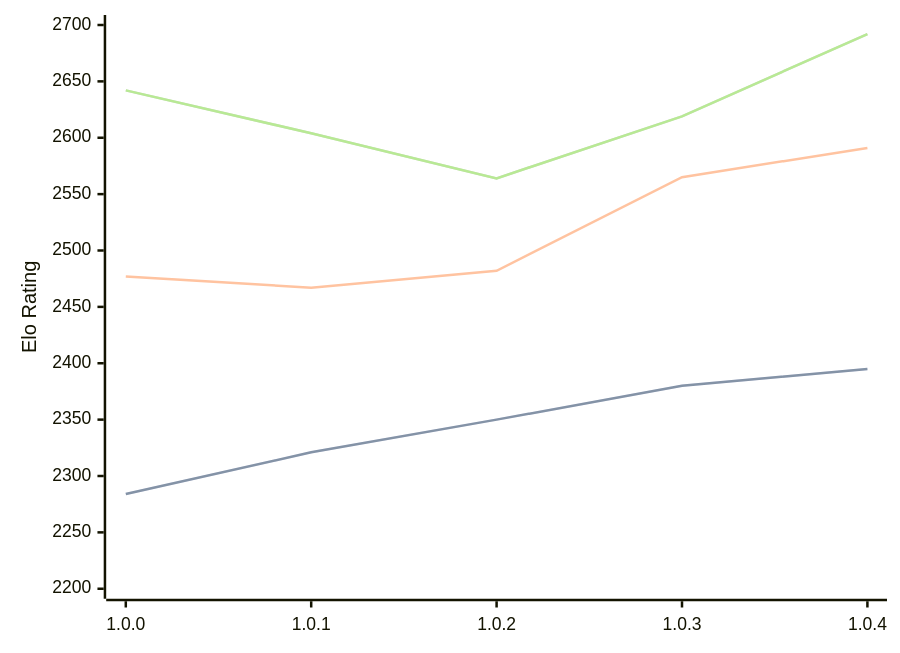
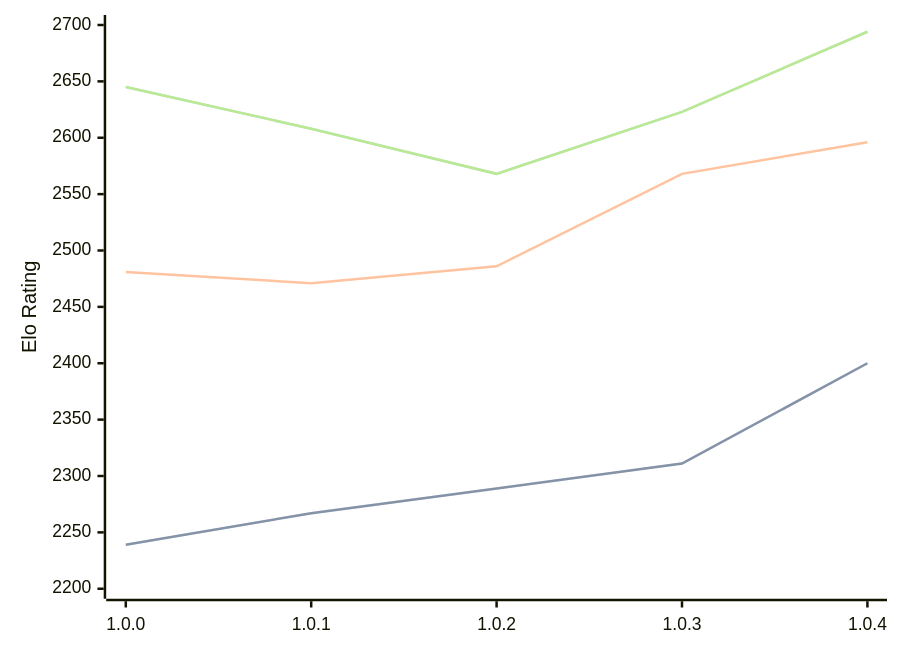
The diagram in engines/Grail.md (computer-chess-index/cci), drawn with Mermaid before and after one commit. The commit also changed other lines of this file, not shown here.

Commit message:
Update CCI Ratings (ELO VLTC) - 2026-02-24

````diff
--- a/engines/Grail.md
+++ b/engines/Grail.md
@@ -32,11 +32,11 @@
 ```mermaid
 %%{init: {"theme":"base","themeVariables":{"seriesColors:['#a3a3a3','#222221','#faa371']}}}%%
 xychart-beta
   x-axis ["1.0.0", "1.0.1", "1.0.2", "1.0.3", "1.0.4"]
   y-axis "Elo Rating" 2200 --> 2700
-  line "STC (8.0+0.08s)" [2284, 2321, 2350, 2380, 2395]
-  line "STC (8.0+0.08s)" [2284, 2321, 2350, 2380, 2395]
-  line "LTC (60.0+0.60s)" [2477, 2467, 2482, 2565, 2591]
-  line "VLTC (2m24s+1.12s)" [2642, 2604, 2564, 2619, 2692]
-  line "VLTC (2m24s+1.12s)" [2642, 2604, 2564, 2619, 2692]
+  line "STC (8.0+0.08s)" [2239, 2267, 2289, 2311, 2400]
+  line "STC (8.0+0.08s)" [2239, 2267, 2289, 2311, 2400]
+  line "LTC (60.0+0.60s)" [2481, 2471, 2486, 2568, 2596]
+  line "VLTC (2m24s+1.12s)" [2645, 2608, 2568, 2623, 2694]
+  line "VLTC (2m24s+1.12s)" [2645, 2608, 2568, 2623, 2694]
 ```
````
